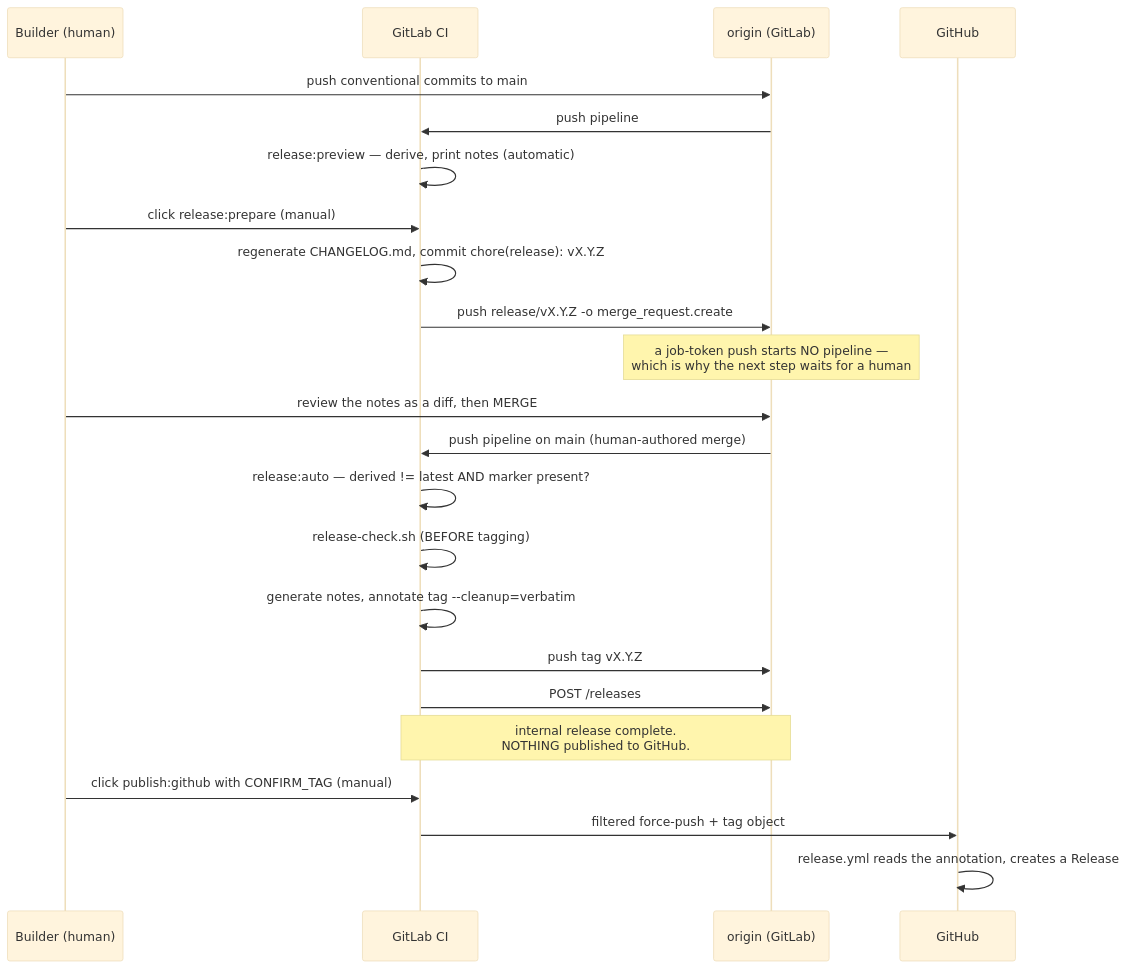
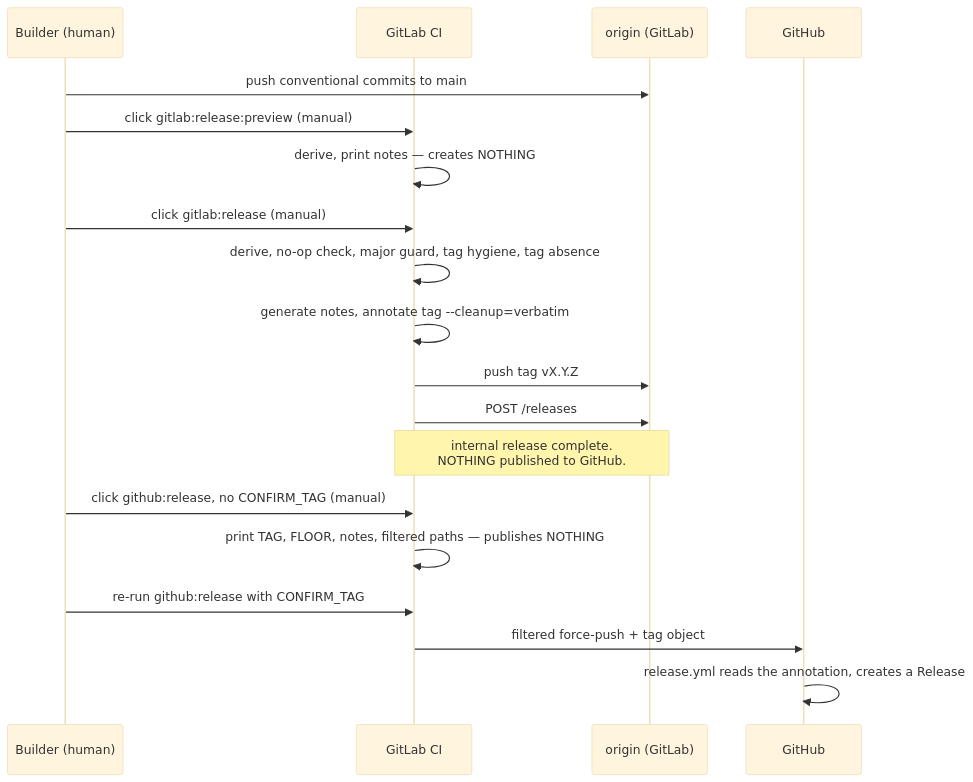
Before and after one commit to aws-samples/sample-innovation-patterns: the diagram in docs/docs/developer-docs/internal/operations/runbooks/releasing.md, drawn with Mermaid (base theme). The commit also changed other lines of this file and 23 other files, not shown here.

````diff
--- a/docs/docs/developer-docs/internal/operations/runbooks/releasing.md
+++ b/docs/docs/developer-docs/internal/operations/runbooks/releasing.md
@@ -426,29 +323,26 @@
 ```mermaid
 sequenceDiagram
     participant H as Builder (human)
     participant CI as GitLab CI
     participant O as origin (GitLab)
     participant GH as GitHub
 
     H->>O: push conventional commits to main
-    O->>CI: push pipeline
-    CI->>CI: release:preview — derive, print notes (automatic)
 
-    H->>CI: click release:prepare (manual)
-    CI->>CI: regenerate CHANGELOG.md, commit chore(release): vX.Y.Z
-    CI->>O: push release/vX.Y.Z -o merge_request.create
-    Note over O: a job-token push starts NO pipeline —<br/>which is why the next step waits for a human
+    H->>CI: click gitlab:release:preview (manual)
+    CI->>CI: derive, print notes — creates NOTHING
 
-    H->>O: review the notes as a diff, then MERGE
-    O->>CI: push pipeline on main (human-authored merge)
-    CI->>CI: release:auto — derived != latest AND marker present?
-    CI->>CI: release-check.sh (BEFORE tagging)
+    H->>CI: click gitlab:release (manual)
+    CI->>CI: derive, no-op check, major guard, tag hygiene, tag absence
     CI->>CI: generate notes, annotate tag --cleanup=verbatim
     CI->>O: push tag vX.Y.Z
     CI->>O: POST /releases
     Note over CI,O: internal release complete.<br/>NOTHING published to GitHub.
 
-    H->>CI: click publish:github with CONFIRM_TAG (manual)
+    H->>CI: click github:release, no CONFIRM_TAG (manual)
+    CI->>CI: print TAG, FLOOR, notes, filtered paths — publishes NOTHING
+
+    H->>CI: re-run github:release with CONFIRM_TAG
     CI->>GH: filtered force-push + tag object
     GH->>GH: release.yml reads the annotation, creates a Release
 ```
````
